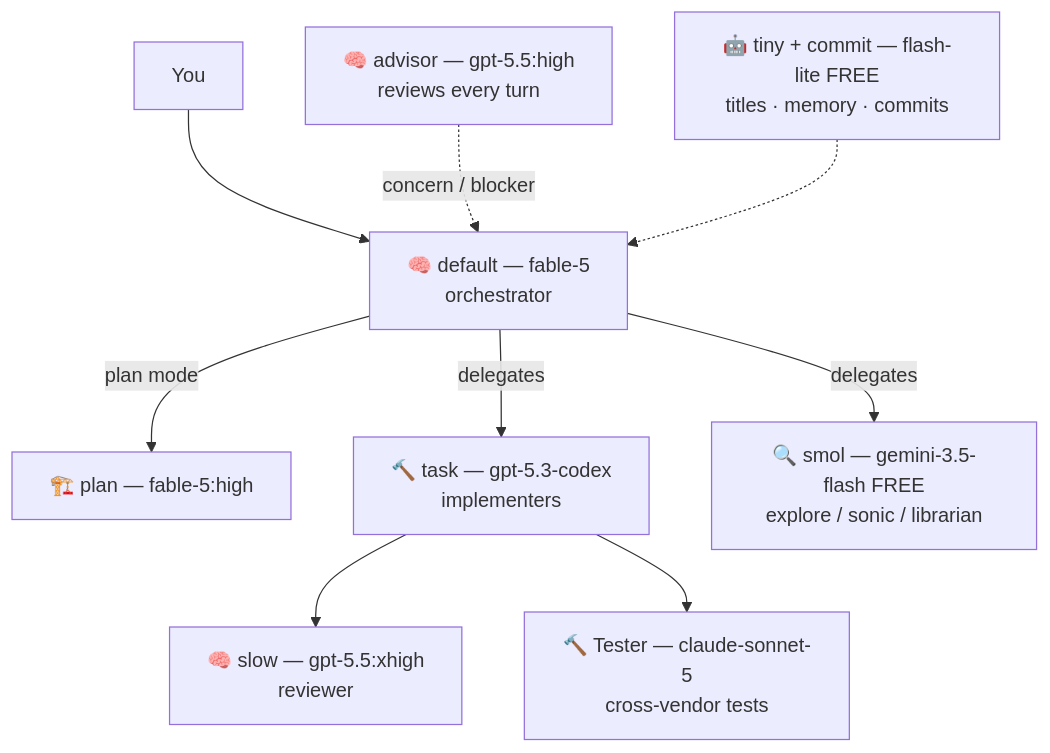
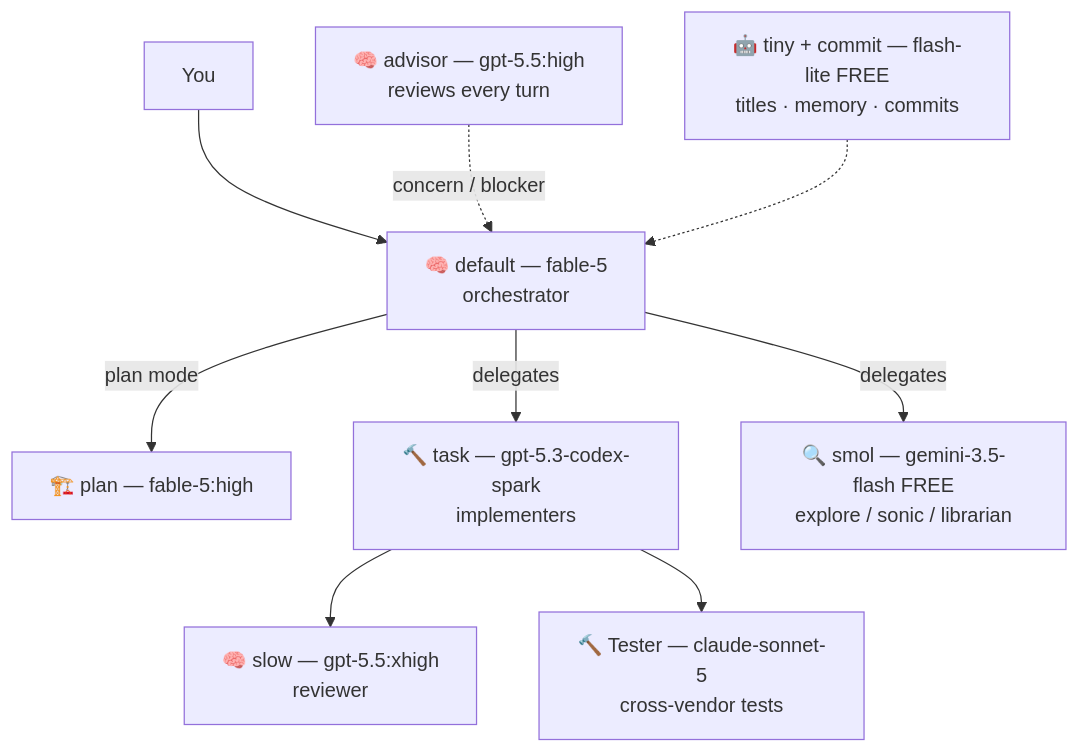
Before and after one commit to rockclaver/omp-orchestra: the diagram in README.md, drawn with Mermaid. The commit also changed other lines of this file and 3 other files, not shown here.

````diff
--- a/README.md
+++ b/README.md
@@ -31,11 +31,11 @@
 ```mermaid
 flowchart TD
     U[You] --> O["🧠 default — fable-5<br/>orchestrator"]
     O -->|plan mode| P["🏗️ plan — fable-5:high"]
-    O -->|delegates| T["🔨 task — gpt-5.3-codex<br/>implementers"]
+    O -->|delegates| T["🔨 task — gpt-5.3-codex-spark<br/>implementers"]
     O -->|delegates| S["🔍 smol — gemini-3.5-flash FREE<br/>explore / sonic / librarian"]
     T --> R["🧠 slow — gpt-5.5:xhigh<br/>reviewer"]
     T --> TE["🔨 Tester — claude-sonnet-5<br/>cross-vendor tests"]
     A["🧠 advisor — gpt-5.5:high<br/>reviews every turn"] -.->|concern / blocker| O
     B["🤖 tiny + commit — flash-lite FREE<br/>titles · memory · commits"] -.-> O
 ```
````
